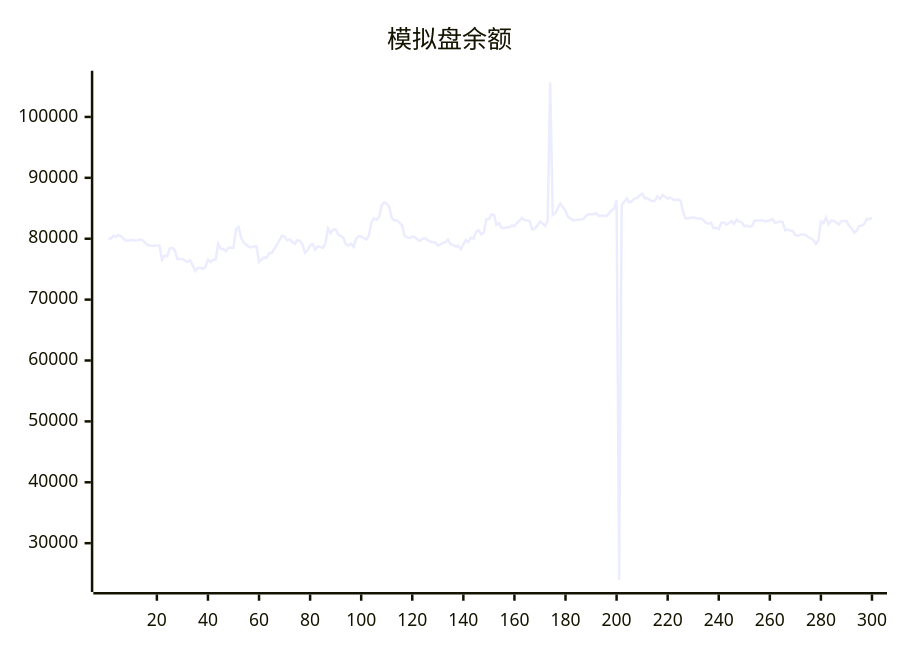
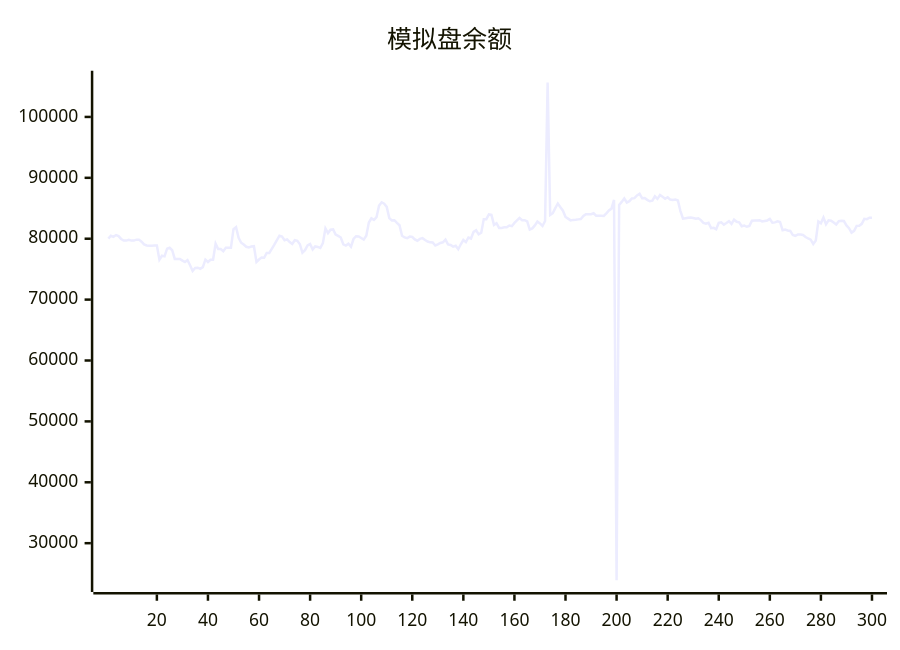
The diagram in README.md (aahl/ai-trading), drawn with Mermaid before and after one commit. The commit also changed other lines of this file and 1 other file, not shown here.

````diff
--- a/README.md
+++ b/README.md
@@ -5,5 +5,5 @@
 ```mermaid
 xychart
     title "模拟盘余额"
-    line [80015,80015,80486,80314,80600,80436,79966,79689,79689,79819,79692,79692,79850,79850,79518,79071,78889,78850,78850,78878,78878,76554,77202,77103,78357,78510,78106,76678,76677,76672,76411,76159,76485,75656,74695,75197,75246,75052,75334,76564,76179,76553,76551,79196,78300,78300,77944,78531,78531,78521,81564,81884,80160,79335,79055,78675,78580,78708,78764,76179,76586,76902,76876,77658,77669,78346,79023,79769,80497,80366,79761,79896,79448,79126,79749,79658,79097,77695,78114,78888,79126,78249,78738,78653,78478,79271,81680,80923,81488,81527,80681,80455,80190,79084,78879,79193,78686,79954,80403,80374,80118,79848,80491,82665,83351,83098,83525,85430,85983,85737,85221,83378,83014,83043,82613,82216,80477,80208,80081,80348,80277,79894,79670,79965,80093,79786,79542,79406,79371,78893,79087,79304,79406,79841,79072,78978,78696,78846,78272,79085,79787,79442,80198,80031,81120,81379,80718,80985,83214,83212,83993,83921,82270,82547,81776,81776,81866,81866,82158,82061,82596,83000,83408,83041,83050,82858,81503,81691,82188,82812,82517,82092,82901,105633,83898,84180,85030,85781,85178,84604,83569,83298,83008,83093,83107,83175,83228,83729,84025,84017,84019,84177,83775,83762,83785,83738,84160,84639,84939,86370,23934,85548,86046,86599,85942,86161,86622,86664,87115,87369,86666,86685,86384,86152,86243,86969,86548,87164,86885,86566,86809,86427,86348,86417,86273,84538,83299,83369,83430,83490,83404,83270,83362,83056,82605,82459,82614,81734,81788,81551,82598,82702,82320,82580,82878,82426,83139,82778,82686,82056,82166,81963,82110,82951,82983,82984,83038,82838,82915,82998,83235,82642,82682,82858,82746,81396,81512,81362,81277,80600,80461,80699,80673,80616,80288,80038,79836,79142,79722,82837,82533,83480,82366,83032,82960,82654,82330,82883,82934,82901,82188,81728,81005,81298,82110,82135,82449,83264,83203,83440]
+    line [80015,80486,80314,80600,80436,79966,79689,79689,79819,79692,79692,79850,79850,79518,79071,78889,78850,78850,78878,78878,76554,77202,77103,78357,78510,78106,76678,76677,76672,76411,76159,76485,75656,74695,75197,75246,75052,75334,76564,76179,76553,76551,79196,78300,78300,77944,78531,78531,78521,81564,81884,80160,79335,79055,78675,78580,78708,78764,76179,76586,76902,76876,77658,77669,78346,79023,79769,80497,80366,79761,79896,79448,79126,79749,79658,79097,77695,78114,78888,79126,78249,78738,78653,78478,79271,81680,80923,81488,81527,80681,80455,80190,79084,78879,79193,78686,79954,80403,80374,80118,79848,80491,82665,83351,83098,83525,85430,85983,85737,85221,83378,83014,83043,82613,82216,80477,80208,80081,80348,80277,79894,79670,79965,80093,79786,79542,79406,79371,78893,79087,79304,79406,79841,79072,78978,78696,78846,78272,79085,79787,79442,80198,80031,81120,81379,80718,80985,83214,83212,83993,83921,82270,82547,81776,81776,81866,81866,82158,82061,82596,83000,83408,83041,83050,82858,81503,81691,82188,82812,82517,82092,82901,105633,83898,84180,85030,85781,85178,84604,83569,83298,83008,83093,83107,83175,83228,83729,84025,84017,84019,84177,83775,83762,83785,83738,84160,84639,84939,86370,23934,85548,86046,86599,85942,86161,86622,86664,87115,87369,86666,86685,86384,86152,86243,86969,86548,87164,86885,86566,86809,86427,86348,86417,86273,84538,83299,83369,83430,83490,83404,83270,83362,83056,82605,82459,82614,81734,81788,81551,82598,82702,82320,82580,82878,82426,83139,82778,82686,82056,82166,81963,82110,82951,82983,82984,83038,82838,82915,82998,83235,82642,82682,82858,82746,81396,81512,81362,81277,80600,80461,80699,80673,80616,80288,80038,79836,79142,79722,82837,82533,83480,82366,83032,82960,82654,82330,82883,82934,82901,82188,81728,81005,81298,82110,82135,82449,83264,83203,83440,83439]
 ```
````
